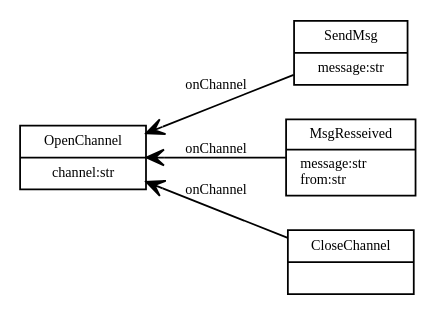
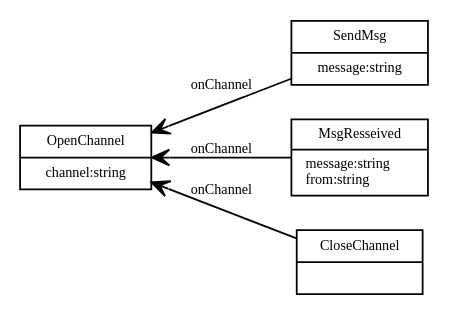
Before and after one commit to ktbs/ktbs: the first of 2 diagrams in doc/source/tutorials/model-rest-turtle.rst, drawn with Graphviz. The commit also changed other lines of this file, not shown here.

```diff
--- a/doc/source/tutorials/model-rest-turtle.rst
+++ b/doc/source/tutorials/model-rest-turtle.rst
@@ -17,17 +17,17 @@
 .. graphviz::
 
    digraph {
      rankdir = RL
      node [ shape = "record", fontsize = 8 ]
      edge [ fontsize = 8, arrowhead = "open" ]
 
-     OpenChannel [ label = "OpenChannel|channel:str" ]
-     SendMsg [ label = "SendMsg|message:str" ]
-     MsgReceived [ label = "MsgResseived|message:str\lfrom:str\l" ]
+     OpenChannel [ label = "OpenChannel|channel:string" ]
+     SendMsg [ label = "SendMsg|message:string" ]
+     MsgReceived [ label = "MsgResseived|message:string\lfrom:string\l" ]
      CloseChannel [ label = "CloseChannel|" ]
     
      SendMsg -> OpenChannel [ label = "onChannel" ]
      MsgReceived -> OpenChannel [ label = "onChannel" ]
      CloseChannel -> OpenChannel [ label = "onChannel" ]
      
    }
```
